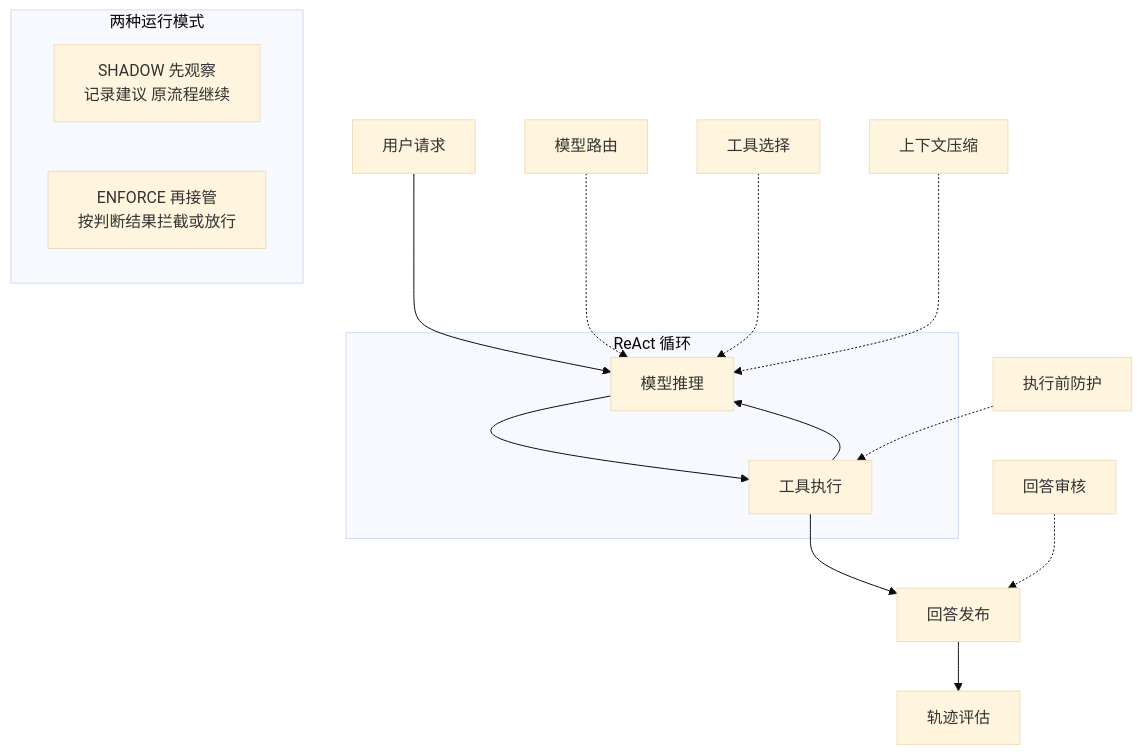
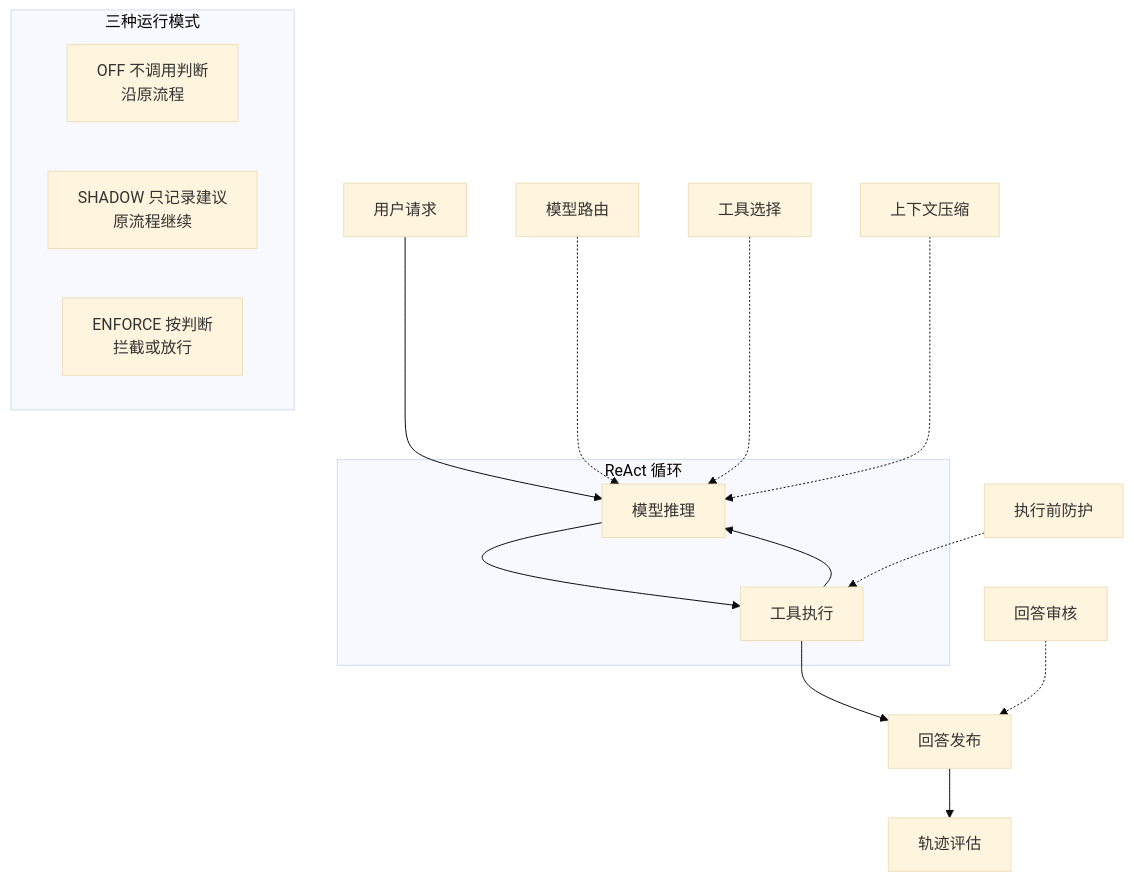
Before and after one commit to ybak/agentscope-2.0-tutorial: the diagram in chapters/35-jev-concepts.md, drawn with Mermaid (base theme). The commit also changed other lines of this file and 5 other files, not shown here.

````diff
--- a/chapters/35-jev-concepts.md
+++ b/chapters/35-jev-concepts.md
@@ -52,19 +86,20 @@
 ```mermaid
 flowchart TB
     subgraph LOOP["ReAct 循环"]
         RS["模型推理"] --> ACT["工具执行"]
         ACT --> RS
     end
     REQ["用户请求"] --> RS
     ACT --> PUB["回答发布"]
     PUB --> EV["轨迹评估"]
     R["模型路由"] -.-> RS
     T["工具选择"] -.-> RS
     C["上下文压缩"] -.-> RS
     G["执行前防护"] -.-> ACT
     P["回答审核"] -.-> PUB
-    subgraph MODE["两种运行模式"]
-        M1["SHADOW 先观察<br/>记录建议 原流程继续"]
-        M2["ENFORCE 再接管<br/>按判断结果拦截或放行"]
+    subgraph MODE["三种运行模式"]
+        M1["OFF 不调用判断<br/>沿原流程"]
+        M2["SHADOW 只记录建议<br/>原流程继续"]
+        M3["ENFORCE 按判断<br/>拦截或放行"]
     end
 ```
````
